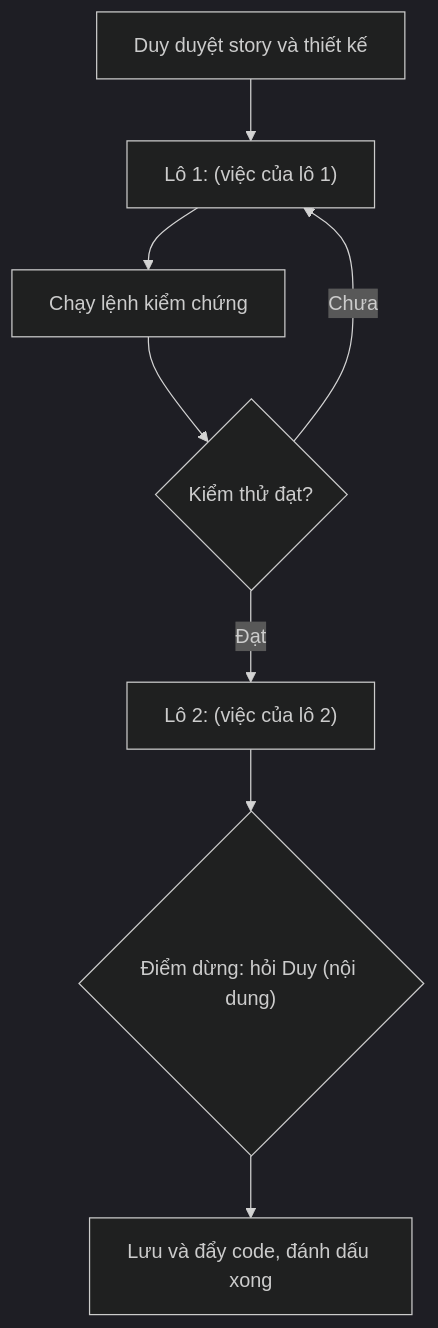
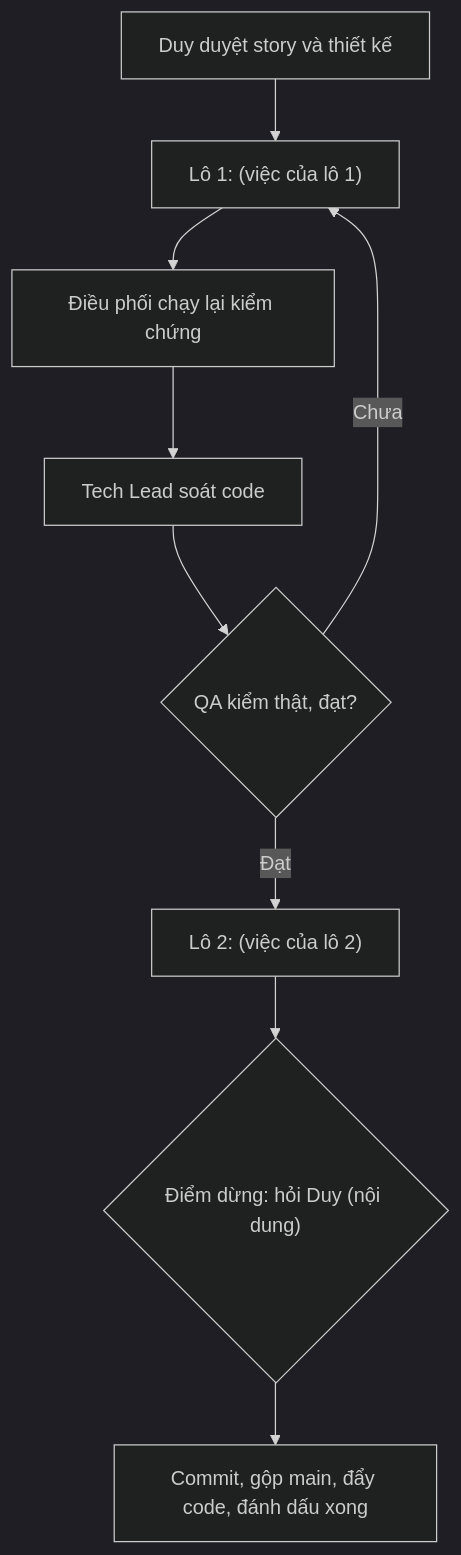
One commit to DuyduyFedev46/fish changed the diagram in doc/features/_mau-02c-giao-viec.md. Above: the diagram before and after it, drawn with Mermaid (dark theme). The commit also changed other lines of this file and 86 other files, not shown here.

````diff
--- a/doc/features/_mau-02c-giao-viec.md
+++ b/doc/features/_mau-02c-giao-viec.md
@@ -6,10 +3,11 @@
 ```mermaid
 flowchart TD
     A["Duy duyệt story và thiết kế"] --> L1["Lô 1: (việc của lô 1)"]
-    L1 --> K1["Chạy lệnh kiểm chứng"]
-    K1 --> R1{"Kiểm thử đạt?"}
+    L1 --> K1["Điều phối chạy lại kiểm chứng"]
+    K1 --> T1["Tech Lead soát code"]
+    T1 --> R1{"QA kiểm thật, đạt?"}
     R1 -->|"Chưa"| L1
     R1 -->|"Đạt"| L2["Lô 2: (việc của lô 2)"]
     L2 --> D{"Điểm dừng: hỏi Duy (nội dung)"}
-    D --> X["Lưu và đẩy code, đánh dấu xong"]
+    D --> X["Commit, gộp main, đẩy code, đánh dấu xong"]
 ```
````
